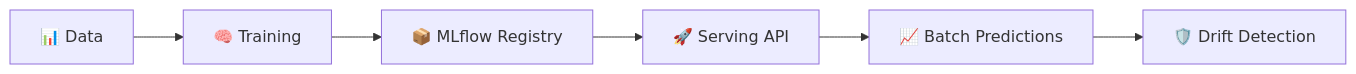
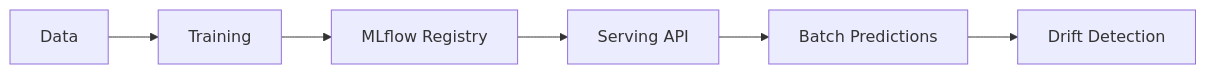
One commit to JDede1/loan_default_prediction changed the first of 2 diagrams in README.md. Above: the diagram before and after it, drawn with Mermaid. The commit also changed other lines of this file, not shown here.

Commit message:
Update README with architecture diagram and workflow details

````diff
--- a/README.md
+++ b/README.md
@@ -39,8 +48,8 @@
 ```mermaid
 flowchart LR
-    Data[📊 Data] --> Training[🧠 Training]
-    Training --> Registry[📦 MLflow Registry]
-    Registry --> Serving[🚀 Serving API]
-    Serving --> Prediction[📈 Batch Predictions]
-    Prediction --> Monitoring[🛡️ Drift Detection]
+    D[Data] --> T[Training]
+    T --> R[MLflow Registry]
+    R --> S[Serving API]
+    S --> P[Batch Predictions]
+    P --> M[Drift Detection]
 ```
````
